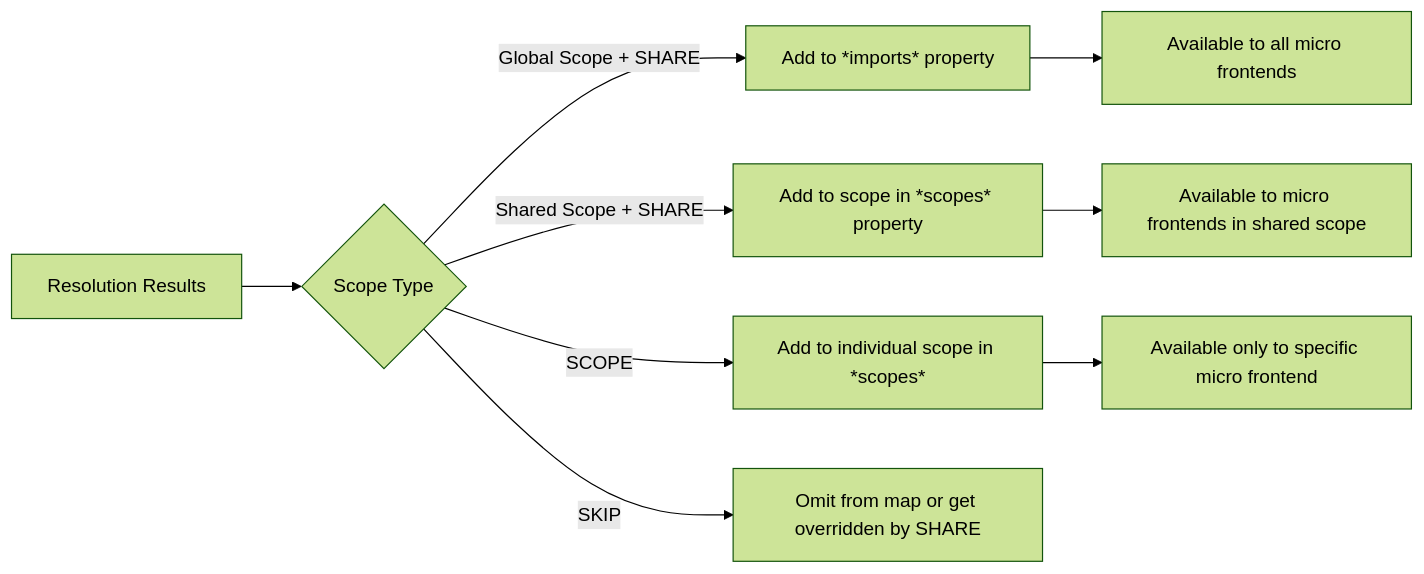
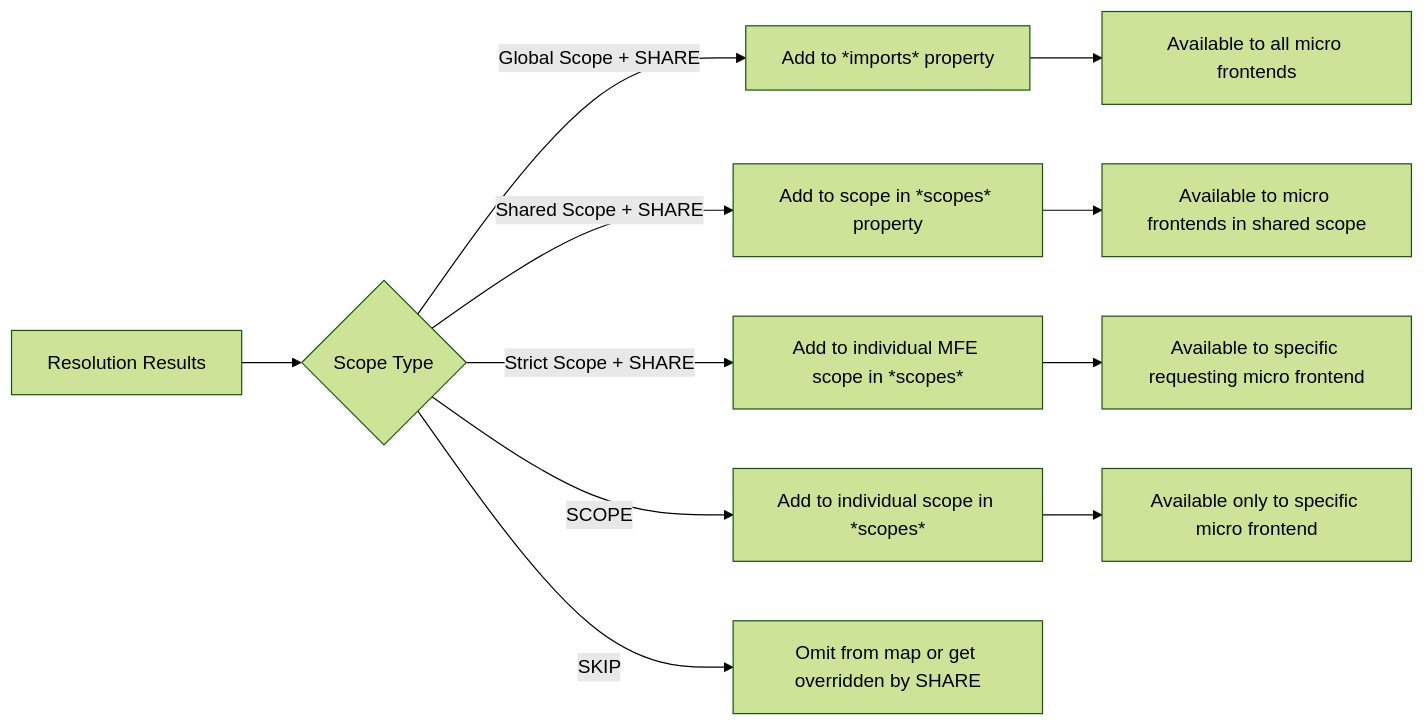
The third of 7 diagrams in docs/version-resolver.md (topicusonderwijs/vanilla-native-federation), drawn with Mermaid (forest theme) before and after one commit. The commit also changed other lines of this file, not shown here.

````diff
--- a/docs/version-resolver.md
+++ b/docs/version-resolver.md
@@ -242,12 +318,14 @@
 ```mermaid
 flowchart LR
     A[Resolution Results] --> B{Scope Type}
     B -->|Global Scope + SHARE| C[Add to *imports* property]
     B -->|Shared Scope + SHARE| D[Add to scope in *scopes* property]
-    B -->|SCOPE| E[Add to individual scope in *scopes*]
-    B -->|SKIP| F[Omit from map or get overridden by SHARE]
+    B -->|Strict Scope + SHARE| E[Add to individual MFE scope in *scopes*]
+    B -->|SCOPE| F[Add to individual scope in *scopes*]
+    B -->|SKIP| G[Omit from map or get overridden by SHARE]
 
-    C --> G[Available to all micro frontends]
-    D --> H[Available to micro frontends in shared scope]
-    E --> I[Available only to specific micro frontend]
+    C --> H[Available to all micro frontends]
+    D --> I[Available to micro frontends in shared scope]
+    E --> J[Available to specific requesting micro frontend]
+    F --> K[Available only to specific micro frontend]
 ```
````
